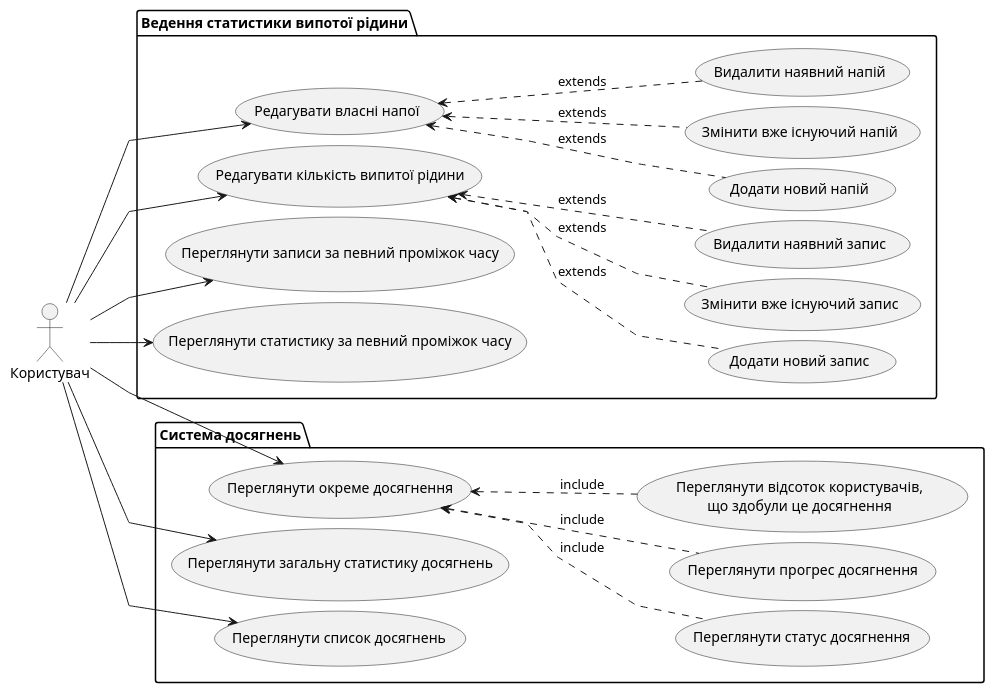
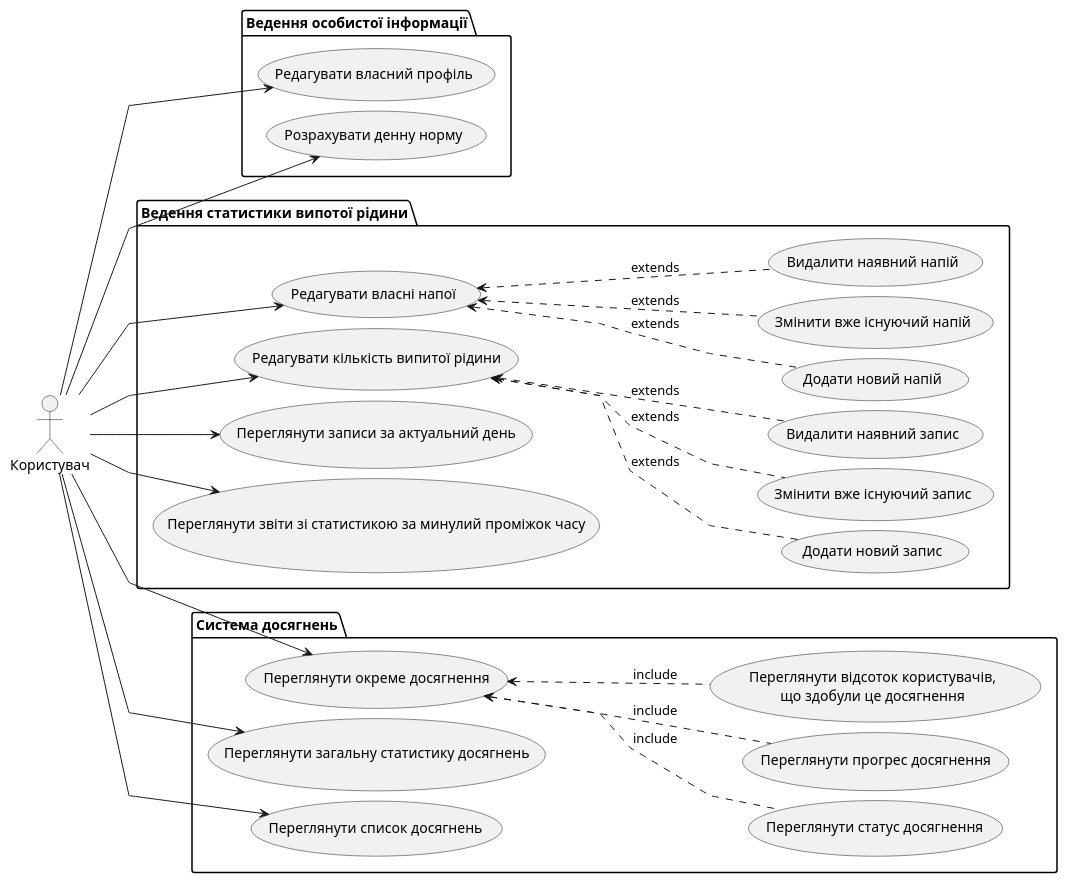
Before and after one commit to laurenci/hydrotrack: the diagram in schemas/uml/usecase/fullDiagram.puml, drawn with PlantUML. The commit also changed 30 other files, not shown here.

```diff
--- a/schemas/uml/usecase/fullDiagram.puml
+++ b/schemas/uml/usecase/fullDiagram.puml
@@ -1,56 +1,64 @@
 @startuml
 left to right direction
 skinparam linetype polyline
 skinparam nodesep 10
 
 :Користувач: as user
 
+package "Ведення особистої інформації" {
+    (Редагувати власний профіль) as edit_profile
+    (Розрахувати денну норму) as determine_daily_goal
+}
+
 package "Ведення статистики випотої рідини" {
   (Редагувати кількість випитої рідини) as edit_records
   (Додати новий запис) as add_new_record
   (Змінити вже існуючий запис) as edit_record
   (Видалити наявний запис) as delete_record
   
-  (Переглянути записи за певний проміжок часу) as search_records
-  (Переглянути статистику за певний проміжок часу) as statistic_records
+  (Переглянути записи за актуальний день) as search_records
+  (Переглянути звіти зі статистикою за минулий проміжок часу) as statistic_records
   
   (Редагувати власні напої) as edit_custom_drinks
   (Додати новий напій) as add_new_drink
   (Змінити вже існуючий напій) as edit_drink
   (Видалити наявний напій) as delete_drink
   
   add_new_record .up.> edit_records : extends
   edit_record .up.> edit_records : extends
   delete_record .up.> edit_records : extends
   
   add_new_drink .up.> edit_custom_drinks : extends
   edit_drink .up.> edit_custom_drinks : extends
   delete_drink .up.> edit_custom_drinks : extends
 }
 
 
 
 package "Система досягнень" {
   (Переглянути загальну статистику досягнень) as view_achievements_stats
   (Переглянути список досягнень) as view_achievements_list
   
   (Переглянути окреме досягнення) as view_single_achievement
   (Переглянути статус досягнення) as view_achievement_status
   (Переглянути прогрес досягнення) as view_achievement_progress
   usecase view_gained_achievement_precentage as "Переглянути відсоток користувачів, 
   що здобули це досягнення"
   
   view_achievement_status .up.> view_single_achievement : include
   view_achievement_progress .up.> view_single_achievement : include
   view_gained_achievement_precentage .up.> view_single_achievement : include
 }
 
+user --> edit_profile
+user --> determine_daily_goal
+
 user --> edit_records
 user --> edit_custom_drinks
 user --> search_records
 user --> statistic_records
 
 user --> view_achievements_stats
 user --> view_achievements_list
 user --> view_single_achievement
 @enduml
```
